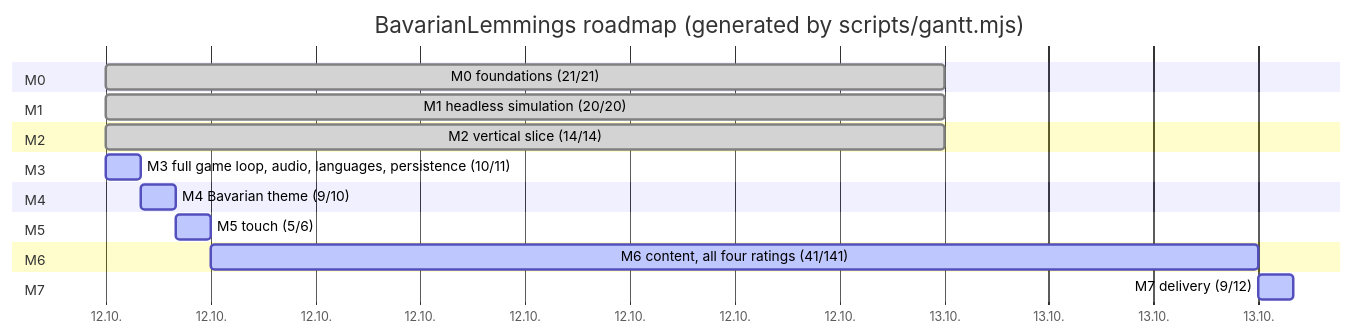
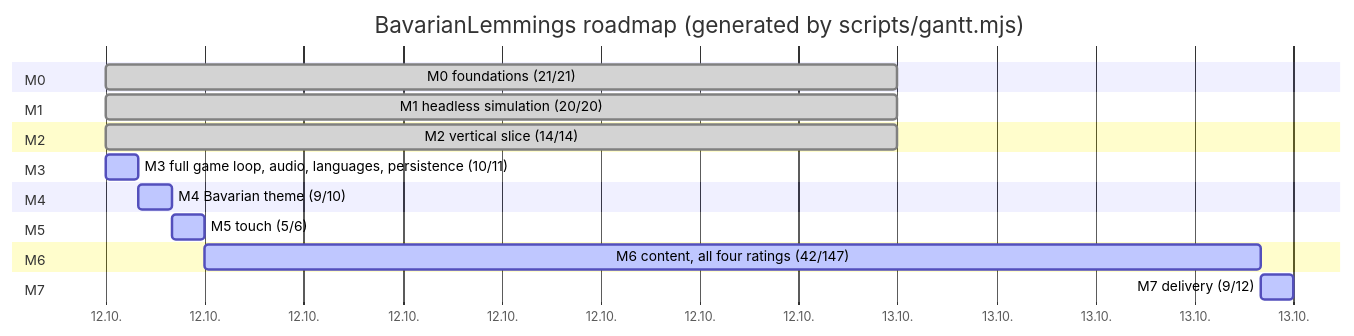
Before and after one commit to marcelpetrick/BavarianLemmings: the diagram in plan.md, drawn with Mermaid. The commit also changed other lines of this file and 5 other files, not shown here.

````diff
--- a/plan.md
+++ b/plan.md
@@ -43,22 +43,22 @@
 ```mermaid
 gantt
     title BavarianLemmings roadmap (generated by scripts/gantt.mjs)
     dateFormat  YYYY-MM-DD
     axisFormat  %d.%m.
     section M0
     M0 foundations (21/21) :done, m0, 2026-10-12, 1d
     section M1
     M1 headless simulation (20/20) :done, m1, 2026-10-12, 1d
     section M2
     M2 vertical slice (14/14) :done, m2, 2026-10-12, 1d
     section M3
     M3 full game loop, audio, languages, persistence (10/11) :active, m3, 2026-10-12, 1h
     section M4
     M4 Bavarian theme (9/10) :active, m4, after m3, 1h
     section M5
     M5 touch (5/6) :active, m5, after m4, 1h
     section M6
-    M6 content, all four ratings (41/141) :active, m6, after m5, 30h
+    M6 content, all four ratings (42/147) :active, m6, after m5, 32h
     section M7
     M7 delivery (9/12) :active, m7, after m6, 1h
 ```
````
